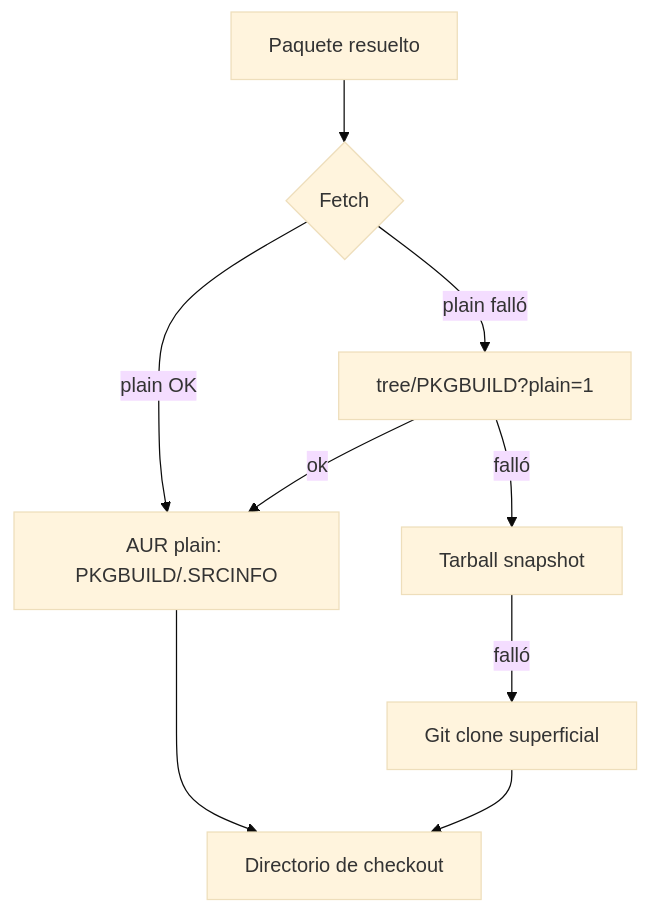
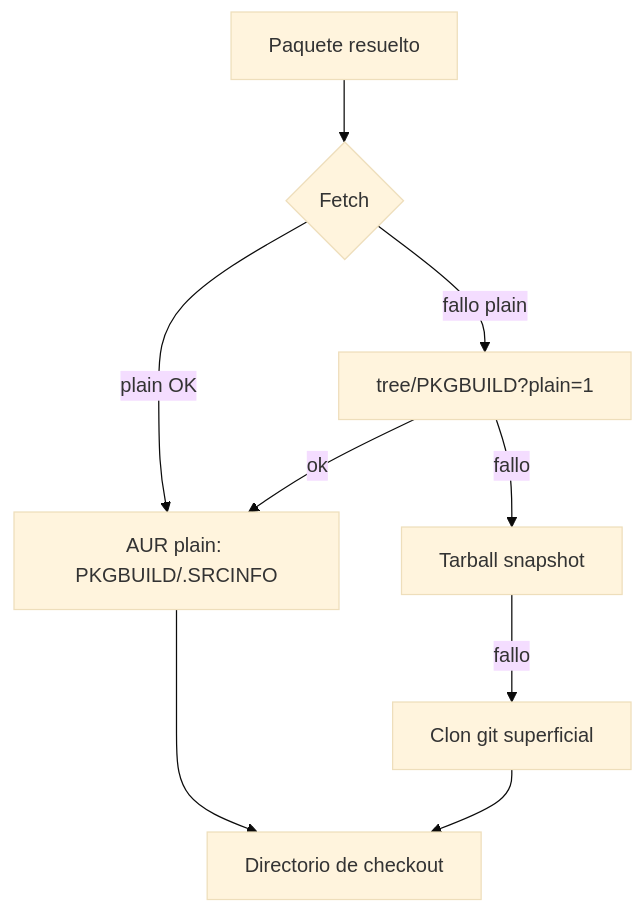
Before and after one commit to LuigiD5555/aur_scanner: the tenth of 15 diagrams in docs/developer/README.dev.es.md, drawn with Mermaid (base theme). The commit also changed other lines of this file and 1 other file, not shown here.

````diff
--- a/docs/developer/README.dev.es.md
+++ b/docs/developer/README.dev.es.md
@@ -620,11 +903,11 @@
 ```mermaid
 flowchart TD
     Pkg[Paquete resuelto] --> F{Fetch}
     F -->|plain OK| PLAIN[AUR plain: PKGBUILD/.SRCINFO]
-    F -->|plain falló| ALT[tree/PKGBUILD?plain=1]
+    F -->|fallo plain| ALT[tree/PKGBUILD?plain=1]
     ALT -->|ok| PLAIN
-    ALT -->|falló| SNAP[Tarball snapshot]
-    SNAP -->|falló| GIT[Git clone superficial]
+    ALT -->|fallo| SNAP[Tarball snapshot]
+    SNAP -->|fallo| GIT[Clon git superficial]
     PLAIN --> OUT[Directorio de checkout]
     GIT --> OUT
 ```
````
